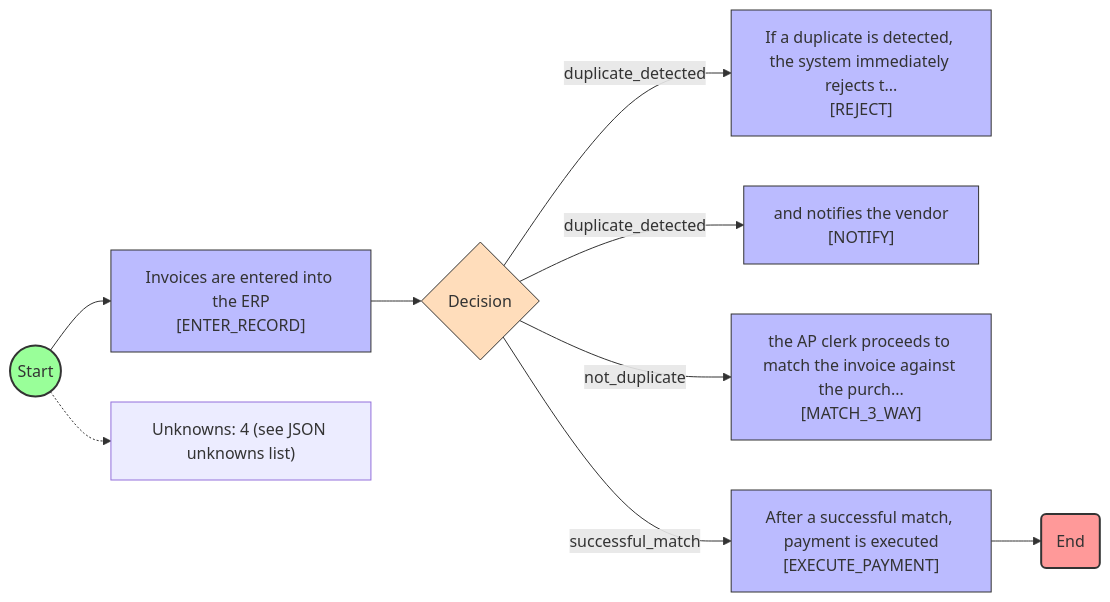
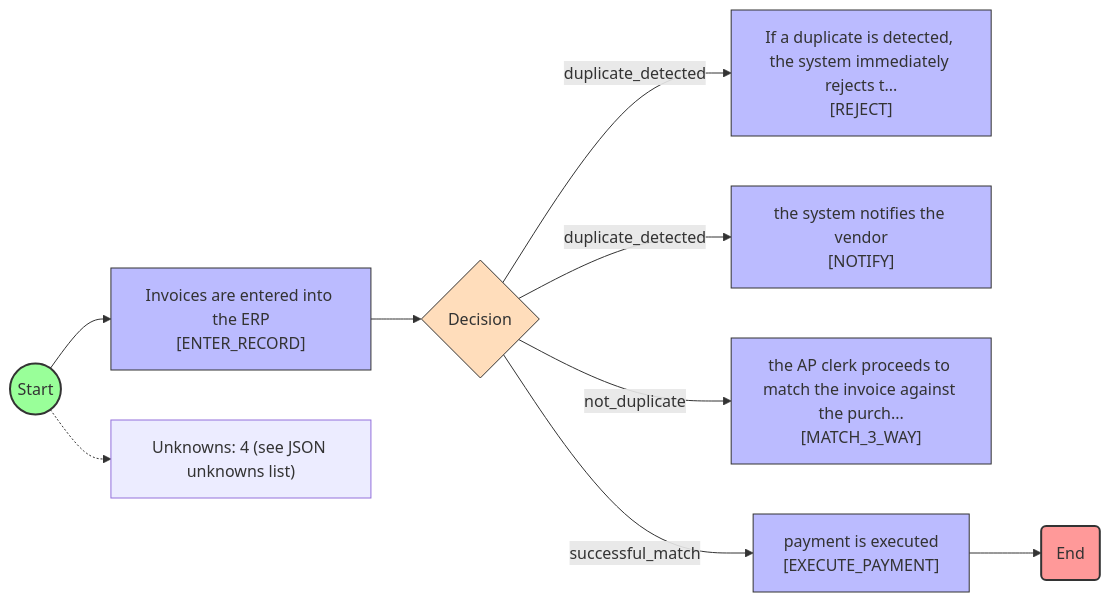
The diagram in outputs/ap_doc_005_auto.mmd (Trevmichi/process-extraction-kernel), drawn with Mermaid before and after one commit. The commit also changed 59 other files, not shown here.

```diff
--- a/outputs/ap_doc_005_auto.mmd
+++ b/outputs/ap_doc_005_auto.mmd
@@ -1,26 +1,26 @@
 flowchart LR
   n1((Start))
   n2["Invoices are entered into the ERP\n[ENTER_RECORD]"]
   n3{"Decision\n<IF_CONDITION>"}
   n4["If a duplicate is detected, the system immediately rejects t...\n[REJECT]"]
-  n5["and notifies the vendor\n[NOTIFY]"]
+  n5["the system notifies the vendor\n[NOTIFY]"]
   n6["the AP clerk proceeds to match the invoice against the purch...\n[MATCH_3_WAY]"]
-  n7["After a successful match, payment is executed\n[EXECUTE_PAYMENT]"]
+  n7["payment is executed\n[EXECUTE_PAYMENT]"]
   n8(End)
   n1 --> n2
   n2 --> n3
   n3 -->|duplicate_detected| n4
   n3 -->|duplicate_detected| n5
   n3 -->|not_duplicate| n6
   n3 -->|successful_match| n7
   n7 --> n8
   U_NOTE["Unknowns: 4 (see JSON unknowns list)"]
   n1 -.-> U_NOTE
   style n1 fill:#9f9,stroke:#333,stroke-width:2px
   style n2 fill:#bbf,stroke:#333,stroke-width:1px
   style n3 fill:#fdb,stroke:#333,stroke-width:1px
   style n4 fill:#bbf,stroke:#333,stroke-width:1px
   style n5 fill:#bbf,stroke:#333,stroke-width:1px
   style n6 fill:#bbf,stroke:#333,stroke-width:1px
   style n7 fill:#bbf,stroke:#333,stroke-width:1px
   style n8 fill:#f99,stroke:#333,stroke-width:2px
```
